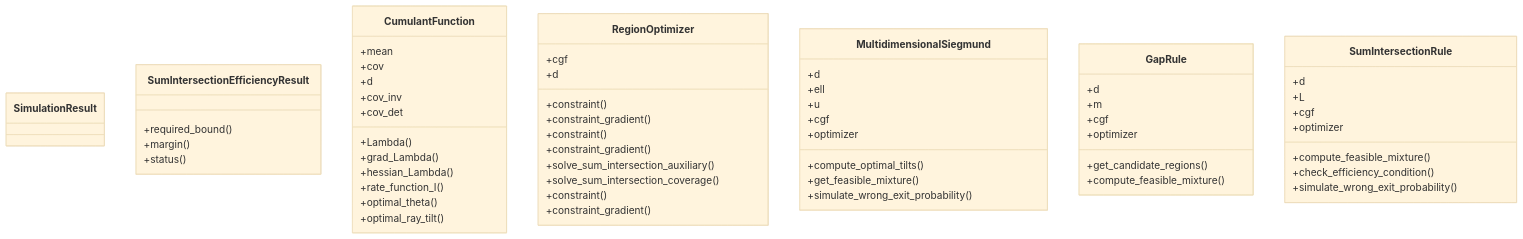
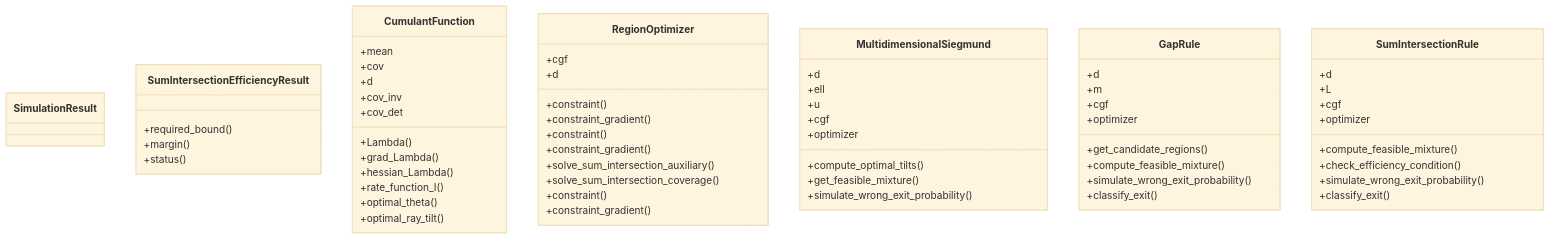
The diagram in docs/architecture/class-diagram.mmd (DiogoRibeiro7/efficient-importance-sampling), drawn with Mermaid (base theme) before and after one commit. The commit also changed 3 other files, not shown here.

Commit message:
docs: Update architecture diagrams [skip ci]

```diff
--- a/docs/architecture/class-diagram.mmd
+++ b/docs/architecture/class-diagram.mmd
@@ -1,66 +1,69 @@
 classDiagram
   class SimulationResult {
   }
 
   class SumIntersectionEfficiencyResult {
     +required_bound()
     +margin()
     +status()
   }
 
   class CumulantFunction {
     +mean
     +cov
     +d
     +cov_inv
     +cov_det
     +Lambda()
     +grad_Lambda()
     +hessian_Lambda()
     +rate_function_I()
     +optimal_theta()
     +optimal_ray_tilt()
   }
 
   class RegionOptimizer {
     +cgf
     +d
     +constraint()
     +constraint_gradient()
     +constraint()
     +constraint_gradient()
     +solve_sum_intersection_auxiliary()
     +solve_sum_intersection_coverage()
     +constraint()
     +constraint_gradient()
   }
 
   class MultidimensionalSiegmund {
     +d
     +ell
     +u
     +cgf
     +optimizer
     +compute_optimal_tilts()
     +get_feasible_mixture()
     +simulate_wrong_exit_probability()
   }
 
   class GapRule {
     +d
     +m
     +cgf
     +optimizer
     +get_candidate_regions()
     +compute_feasible_mixture()
+    +simulate_wrong_exit_probability()
+    +classify_exit()
   }
 
   class SumIntersectionRule {
     +d
     +L
     +cgf
     +optimizer
     +compute_feasible_mixture()
     +check_efficiency_condition()
     +simulate_wrong_exit_probability()
+    +classify_exit()
   }
```
